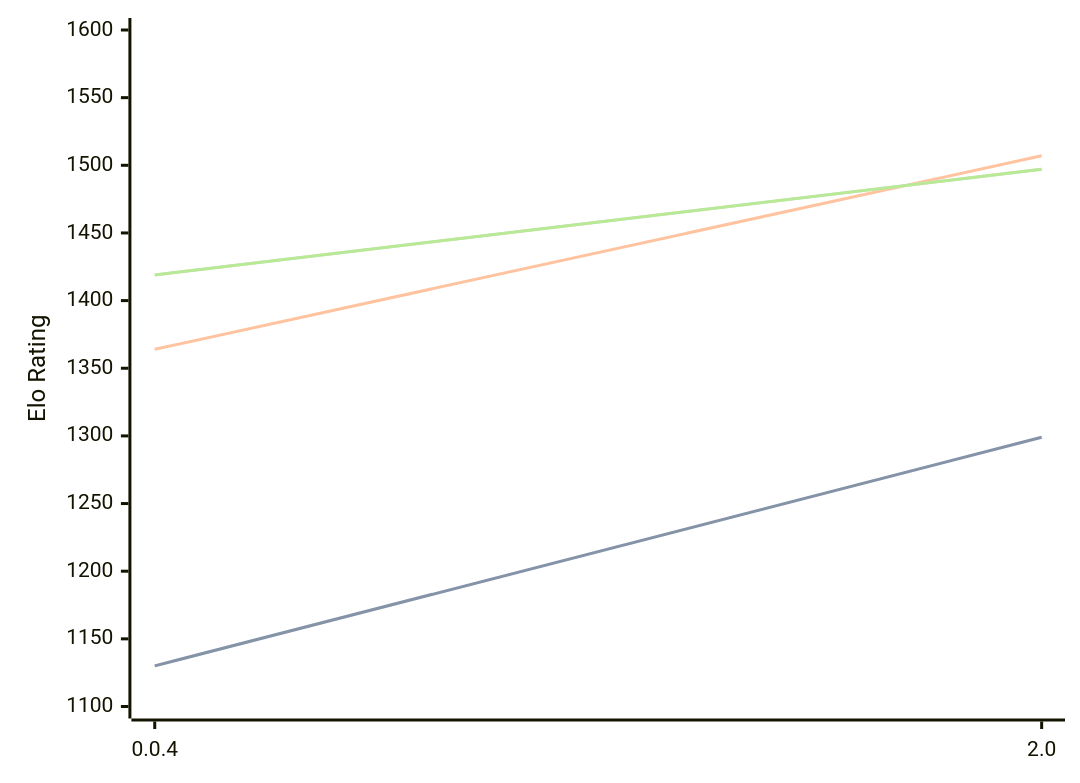
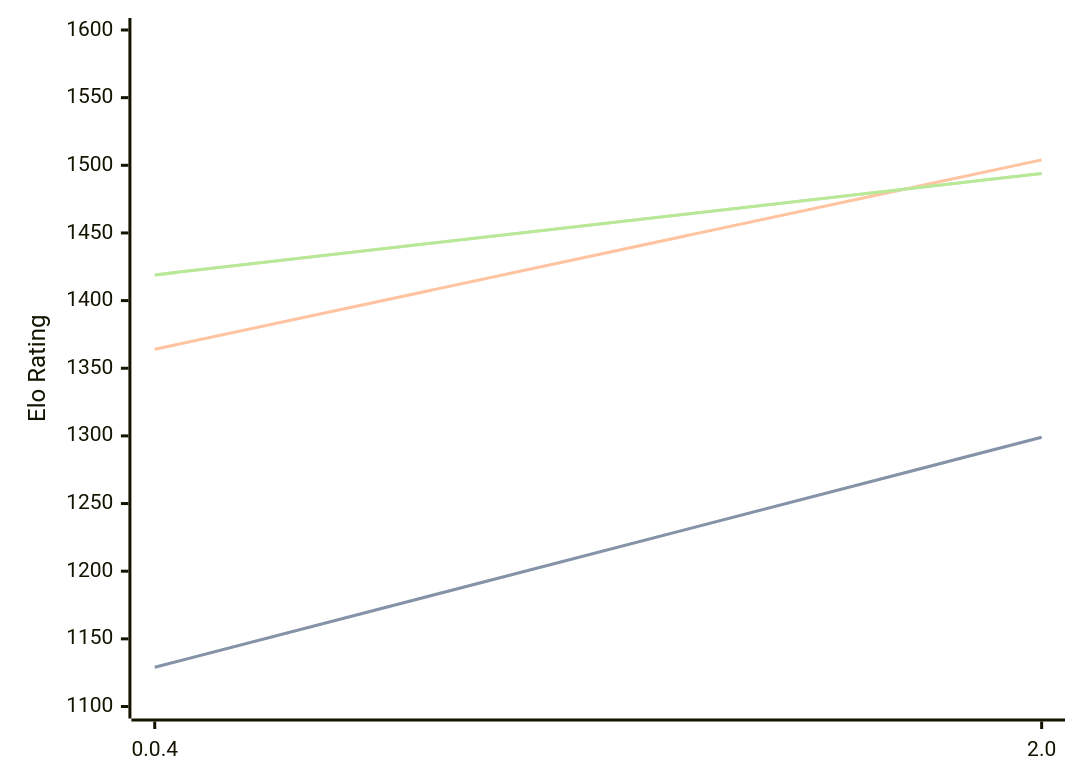
The diagram in engines/Oops!Mate.md (computer-chess-index/cci), drawn with Mermaid before and after one commit. The commit also changed other lines of this file, not shown here.

Commit message:
Update CCI Ratings (ELO VLTC) - 2026-03-16

````diff
--- a/engines/Oops!Mate.md
+++ b/engines/Oops!Mate.md
@@ -49,11 +49,11 @@
 ```mermaid
 %%{init: {"theme":"base","themeVariables":{"seriesColors:['#a3a3a3','#222221','#faa371']}}}%%
 xychart-beta
   x-axis ["0.0.4", "2.0"]
   y-axis "Elo Rating" 1100 --> 1600
-  line "STC (8.0+0.08s)" [1130, 1299]
-  line "STC (8.0+0.08s)" [1130, 1299]
-  line "LTC (60.0+0.60s)" [1364, 1507]
-  line "VLTC (2m24s+1.12s)" [1419, 1497]
-  line "VLTC (2m24s+1.12s)" [1419, 1497]
+  line "STC (8.0+0.08s)" [1129, 1299]
+  line "STC (8.0+0.08s)" [1129, 1299]
+  line "LTC (60.0+0.60s)" [1364, 1504]
+  line "VLTC (2m24s+1.12s)" [1419, 1494]
+  line "VLTC (2m24s+1.12s)" [1419, 1494]
 ```
````
